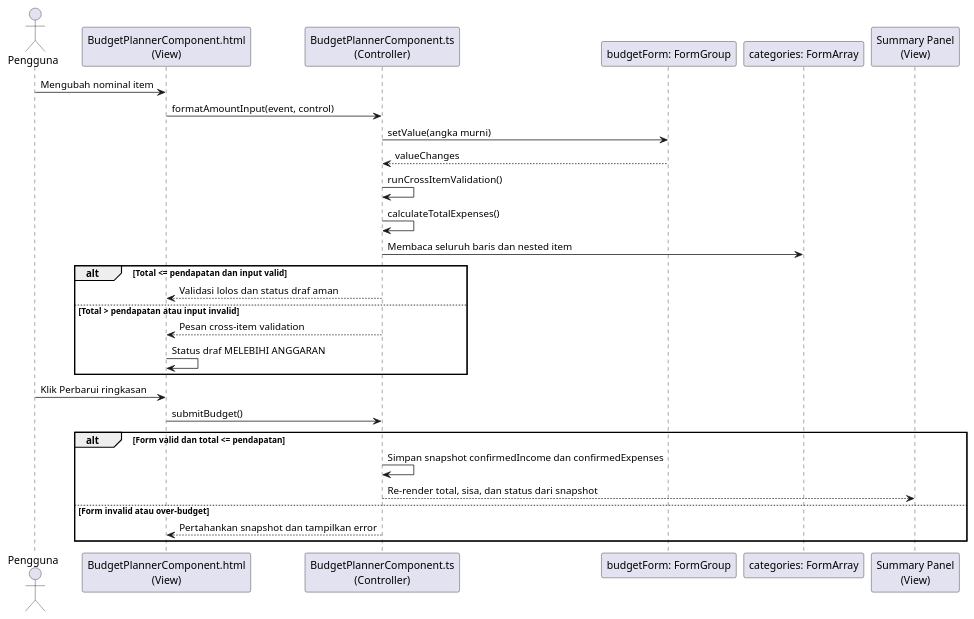
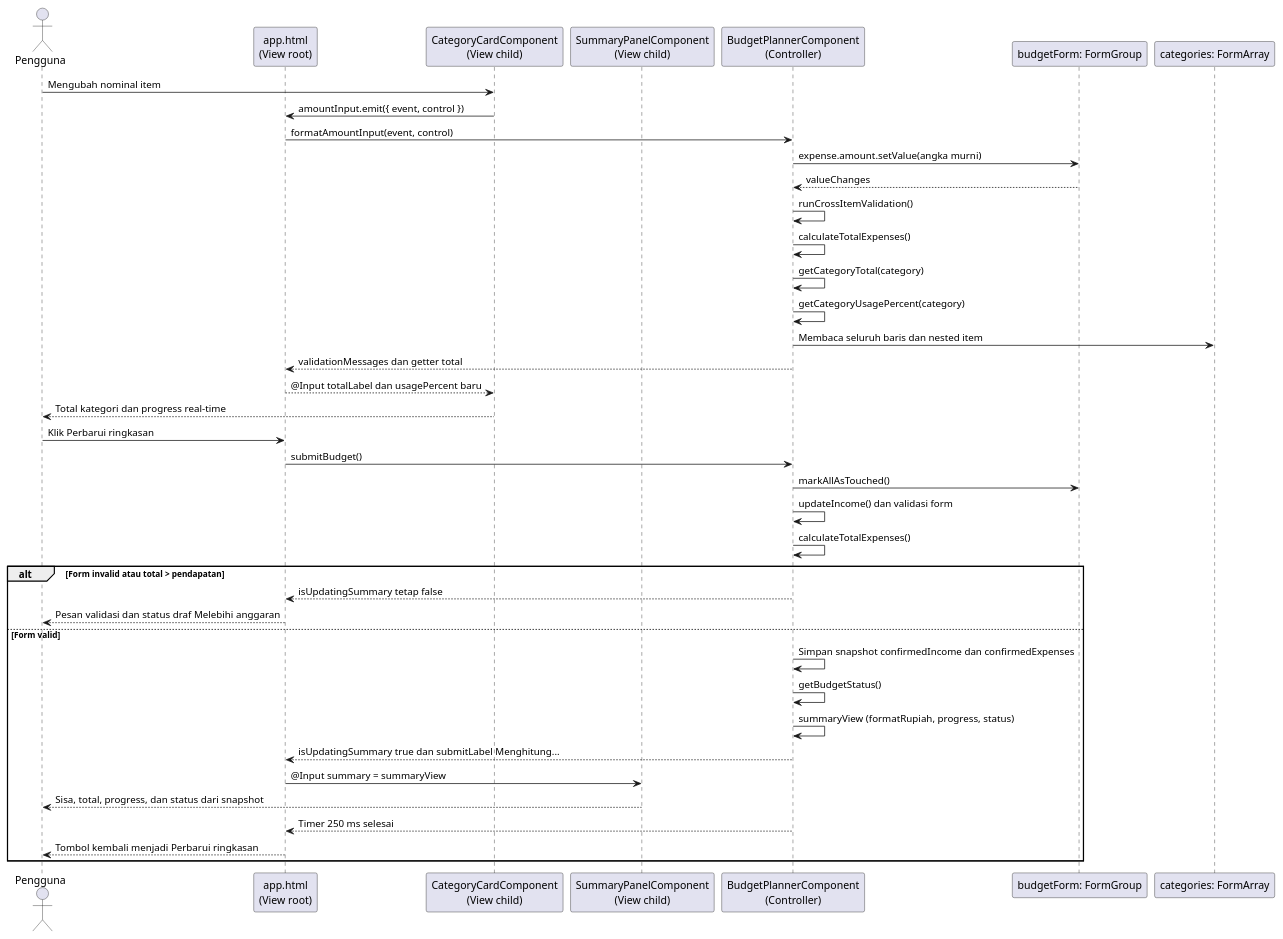
Before and after one commit to Rifatdhy/BudgetKU: the third of 3 diagrams in file.md, drawn with PlantUML. The commit also changed other lines of this file and 26 other files, not shown here.

````diff
--- a/file.md
+++ b/file.md
@@ -567,33 +584,44 @@
 ```plantuml
 @startuml
 actor Pengguna
-participant "BudgetPlannerComponent.html\n(View)" as View
-participant "BudgetPlannerComponent.ts\n(Controller)" as Controller
+participant "app.html\n(View root)" as View
+participant "CategoryCardComponent\n(View child)" as CategoryView
+participant "SummaryPanelComponent\n(View child)" as Summary
+participant "BudgetPlannerComponent\n(Controller)" as Controller
 participant "budgetForm: FormGroup" as Form
 participant "categories: FormArray" as Categories
-participant "Summary Panel\n(View)" as Summary
 
-Pengguna -> View : Mengubah nominal item
+Pengguna -> CategoryView : Mengubah nominal item
+CategoryView -> View : amountInput.emit({ event, control })
 View -> Controller : formatAmountInput(event, control)
-Controller -> Form : setValue(angka murni)
+Controller -> Form : expense.amount.setValue(angka murni)
 Form --> Controller : valueChanges
 Controller -> Controller : runCrossItemValidation()
 Controller -> Controller : calculateTotalExpenses()
+Controller -> Controller : getCategoryTotal(category)
+Controller -> Controller : getCategoryUsagePercent(category)
 Controller -> Categories : Membaca seluruh baris dan nested item
-alt Total <= pendapatan dan input valid
-  Controller --> View : Validasi lolos dan status draf aman
-else Total > pendapatan atau input invalid
-  Controller --> View : Pesan cross-item validation
-  View -> View : Status draf MELEBIHI ANGGARAN
-end
+Controller --> View : validationMessages dan getter total
+View --> CategoryView : @Input totalLabel dan usagePercent baru
+CategoryView --> Pengguna : Total kategori dan progress real-time
 
 Pengguna -> View : Klik Perbarui ringkasan
 View -> Controller : submitBudget()
-alt Form valid dan total <= pendapatan
+Controller -> Form : markAllAsTouched()
+Controller -> Controller : updateIncome() dan validasi form
+Controller -> Controller : calculateTotalExpenses()
+alt Form invalid atau total > pendapatan
+  Controller --> View : isUpdatingSummary tetap false
+  View --> Pengguna : Pesan validasi dan status draf Melebihi anggaran
+else Form valid
   Controller -> Controller : Simpan snapshot confirmedIncome dan confirmedExpenses
-  Controller --> Summary : Re-render total, sisa, dan status dari snapshot
-else Form invalid atau over-budget
-  Controller --> View : Pertahankan snapshot dan tampilkan error
+  Controller -> Controller : getBudgetStatus()
+  Controller -> Controller : summaryView (formatRupiah, progress, status)
+  Controller --> View : isUpdatingSummary true dan submitLabel Menghitung...
+  View -> Summary : @Input summary = summaryView
+  Summary --> Pengguna : Sisa, total, progress, dan status dari snapshot
+  Controller --> View : Timer 250 ms selesai
+  View --> Pengguna : Tombol kembali menjadi Perbarui ringkasan
 end
 @enduml
 ```
````
